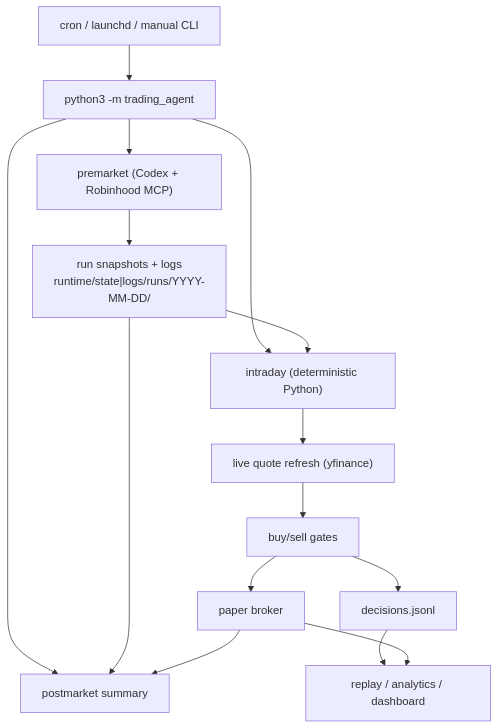
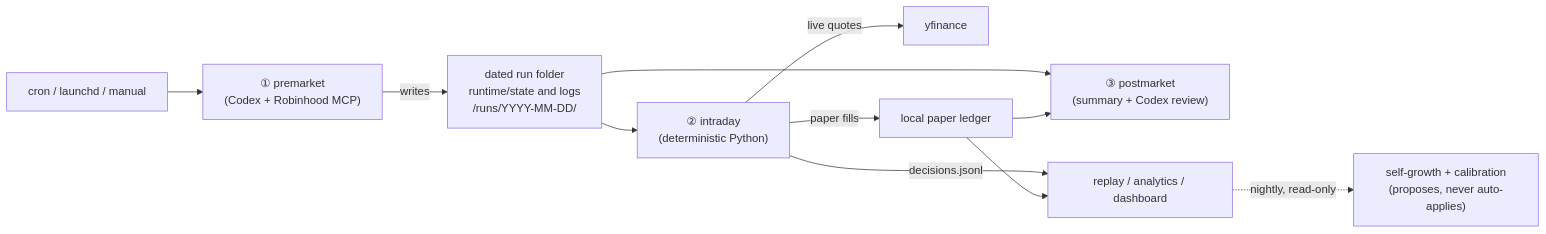
Before and after one commit to poi233/robinhood-codex-agent: the first of 3 diagrams in README.md, drawn with Mermaid. The commit also changed other lines of this file, not shown here.

First line of the commit message:
docs(readme): rewrite with clear premarket pipeline + strategy decision diagrams

````diff
--- a/README.md
+++ b/README.md
@@ -125,16 +45,13 @@
 ```mermaid
-flowchart TD
-    Scheduler["cron / launchd / manual CLI"] --> CLI["python3 -m trading_agent"]
-    CLI --> Premarket["premarket (Codex + Robinhood MCP)"]
-    CLI --> Intraday["intraday (deterministic Python)"]
-    CLI --> Postmarket["postmarket summary"]
-    Premarket --> Snapshots["run snapshots + logs<br/>runtime/state|logs/runs/YYYY-MM-DD/"]
-    Snapshots --> Intraday
-    Intraday --> LiveQuotes["live quote refresh (yfinance)"]
-    LiveQuotes --> Policy["buy/sell gates"] --> Paper["paper broker"]
-    Policy --> Decisions["decisions.jsonl"]
-    Snapshots --> Postmarket
-    Paper --> Postmarket
-    Decisions --> Replay["replay / analytics / dashboard"]
-    Paper --> Replay
+flowchart LR
+    Sched["cron / launchd / manual"] --> PM["① premarket<br/>(Codex + Robinhood MCP)"]
+    PM -->|writes| Snap["dated run folder<br/>runtime/state and logs<br/>/runs/YYYY-MM-DD/"]
+    Snap --> ID["② intraday<br/>(deterministic Python)"]
+    ID -->|live quotes| YF["yfinance"]
+    ID -->|paper fills| Ledger["local paper ledger"]
+    Snap --> PO["③ postmarket<br/>(summary + Codex review)"]
+    Ledger --> PO
+    ID -->|decisions.jsonl| An["replay / analytics / dashboard"]
+    Ledger --> An
+    An -.nightly, read-only.-> Growth["self-growth + calibration<br/>(proposes, never auto-applies)"]
 ```
````
